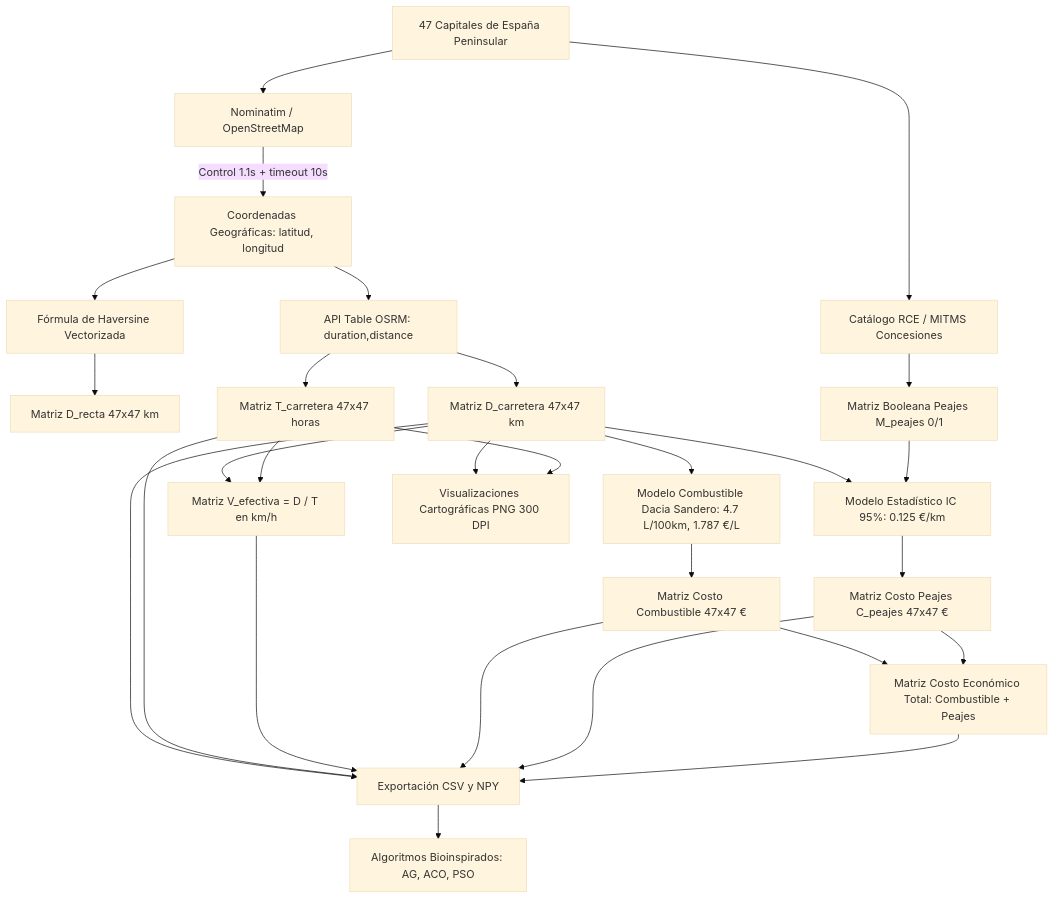
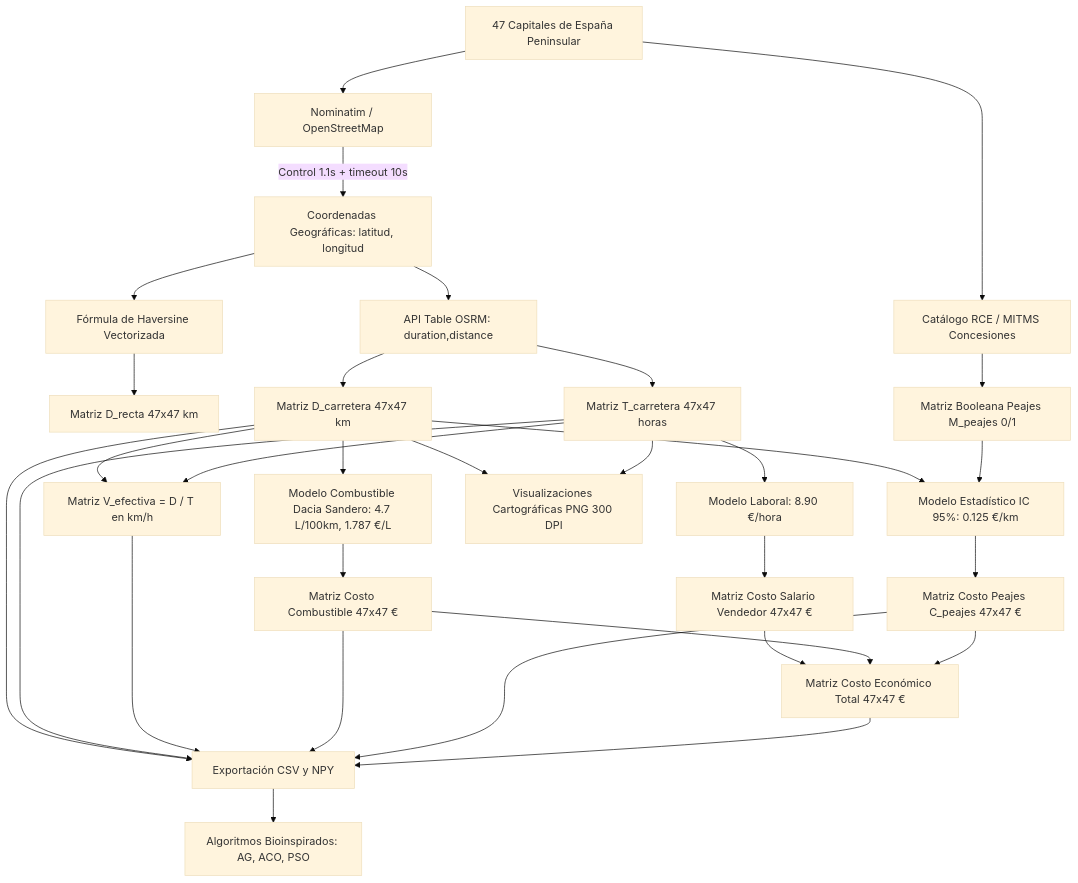
Before and after one commit to Gmiercrack/Redes-Neuronales-y-algoritmos-Bionispirados: the diagram in Parte_2/DOCUMENTACION_METODOLOGICA_TSP.md, drawn with Mermaid (base theme). The commit also changed other lines of this file, not shown here.

````diff
--- a/Parte_2/DOCUMENTACION_METODOLOGICA_TSP.md
+++ b/Parte_2/DOCUMENTACION_METODOLOGICA_TSP.md
@@ -257,30 +295,33 @@
 ```mermaid
 flowchart TD
     A[47 Capitales de España Peninsular] --> B[Nominatim / OpenStreetMap]
     B -->|Control 1.1s + timeout 10s| C[Coordenadas Geográficas: latitud, longitud]
     
     C --> D[Fórmula de Haversine Vectorizada]
     D --> E[Matriz D_recta 47x47 km]
     
     C --> F[API Table OSRM: duration,distance]
     F --> G[Matriz D_carretera 47x47 km]
     F --> H[Matriz T_carretera 47x47 horas]
     
     G & H --> V[Matriz V_efectiva = D / T en km/h]
     
     G --> COMB[Modelo Combustible Dacia Sandero: 4.7 L/100km, 1.787 €/L]
     COMB --> C_COMB[Matriz Costo Combustible 47x47 €]
     
+    H --> LAB[Modelo Laboral: 8.90 €/hora]
+    LAB --> C_LAB[Matriz Costo Salario Vendedor 47x47 €]
+    
     A --> I[Catálogo RCE / MITMS Concesiones]
     I --> J[Matriz Booleana Peajes M_peajes 0/1]
     
     G & J --> K[Modelo Estadístico IC 95%: 0.125 €/km]
     K --> L[Matriz Costo Peajes C_peajes 47x47 €]
     
-    C_COMB & L --> C_TOTAL[Matriz Costo Económico Total: Combustible + Peajes]
+    C_LAB & C_COMB & L --> C_TOTAL[Matriz Costo Económico Total 47x47 €]
     
     G & H & V & C_COMB & L & C_TOTAL --> M[Exportación CSV y NPY]
     G & H --> N[Visualizaciones Cartográficas PNG 300 DPI]
     
     M --> O[Algoritmos Bioinspirados: AG, ACO, PSO]
 ```
````
